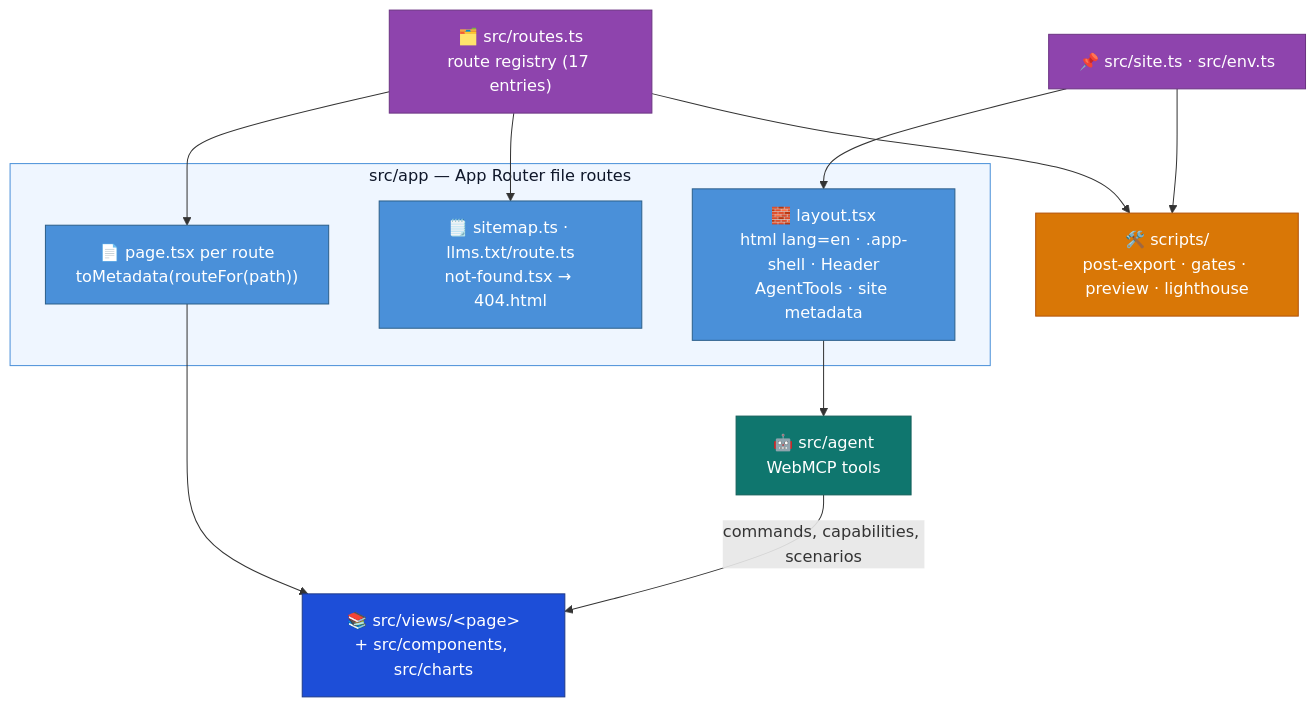
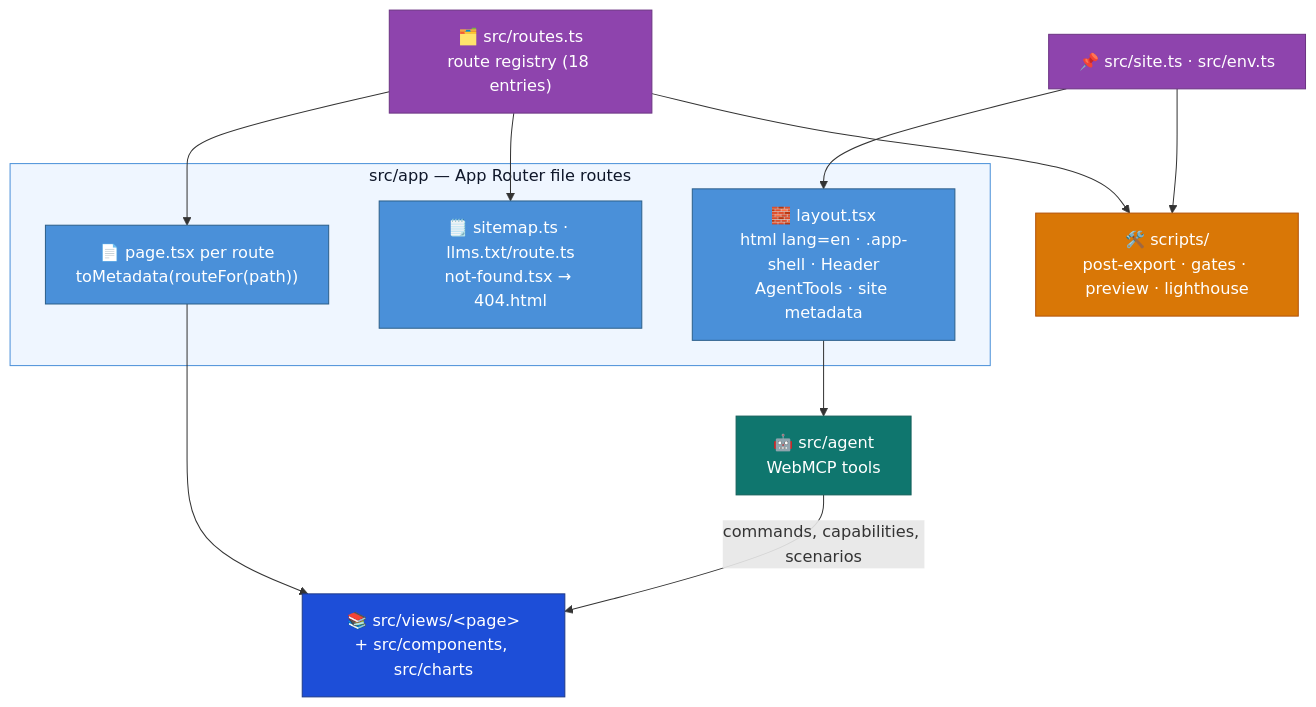
One commit to DataArt/artisyn-implementation-harness changed the diagram in docs/System Architecture (LLD)/Web Explorer/00. Overview.md. Above: the diagram before and after it, drawn with Mermaid. The commit also changed other lines of this file and 6 other files, not shown here.

````diff
--- a/docs/System Architecture (LLD)/Web Explorer/00. Overview.md
+++ b/docs/System Architecture (LLD)/Web Explorer/00. Overview.md
@@ -24,30 +24,30 @@
 ```mermaid
 flowchart TD
     subgraph APP ["  src/app — App Router file routes  "]
         LAYOUT["🧱 layout.tsx\nhtml lang=en · .app-shell · Header\nAgentTools · site metadata"]:::app
         PAGES["📄 page.tsx per route\ntoMetadata(routeFor(path))"]:::app
         META["🗒️ sitemap.ts · llms.txt/route.ts\nnot-found.tsx → 404.html"]:::app
     end
 
-    REG["🗂️ src/routes.ts\nroute registry (17 entries)"]:::registry
+    REG["🗂️ src/routes.ts\nroute registry (18 entries)"]:::registry
     SITE["📌 src/site.ts · src/env.ts"]:::registry
     VIEWS["📚 src/views/&lt;page&gt;\n+ src/components, src/charts"]:::views
     AGENT["🤖 src/agent\nWebMCP tools"]:::agent
     SCRIPTS["🛠️ scripts/\npost-export · gates · preview · lighthouse"]:::build
 
     REG --> PAGES
     REG --> META
     PAGES --> VIEWS
     SITE --> LAYOUT
     LAYOUT --> AGENT
     AGENT -->|"commands, capabilities, scenarios"| VIEWS
     REG --> SCRIPTS
     SITE --> SCRIPTS
 
     classDef app      fill:#4A90D9,stroke:#2C5F8A,color:#fff
     classDef registry fill:#8E44AD,stroke:#6C3483,color:#fff
     classDef views    fill:#1D4ED8,stroke:#1e3a8a,color:#fff
     classDef agent    fill:#0F766E,stroke:#115E59,color:#fff
     classDef build    fill:#D97706,stroke:#B45309,color:#fff
     style APP fill:#EFF6FF,stroke:#4A90D9,color:#0f172a
 ```
````
